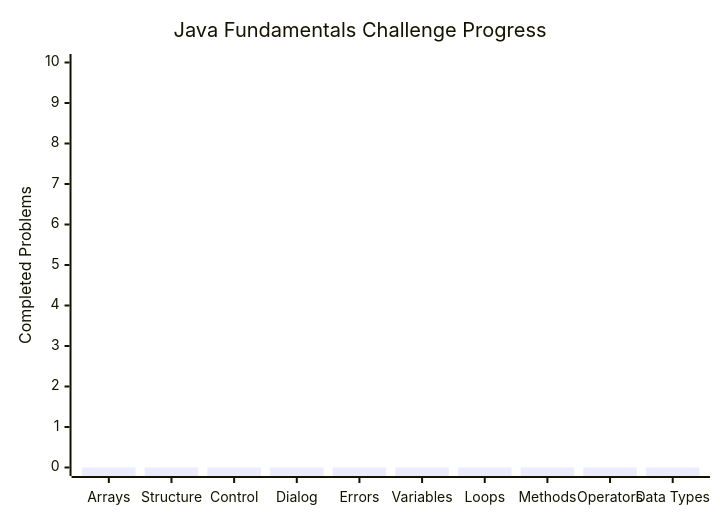
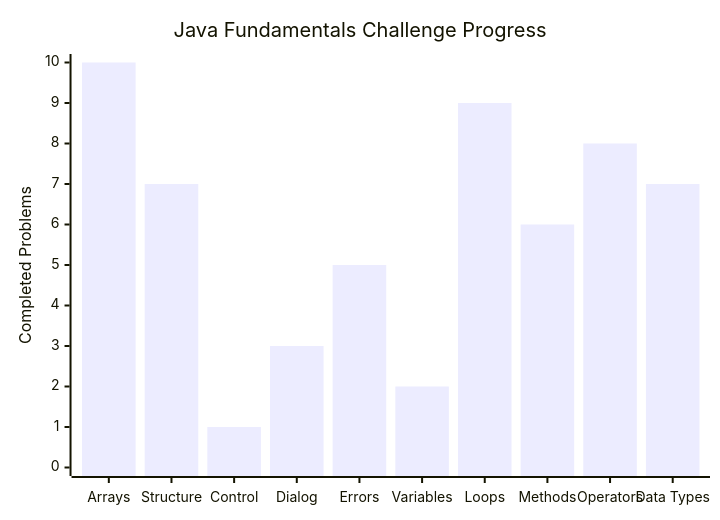
One commit to donhendrijrbue/100-Java-Fundamentals-Drills changed the diagram in README.md. Above: the diagram before and after it, drawn with Mermaid.

Commit message:
Update bar chart data in README.md

````diff
--- a/README.md
+++ b/README.md
@@ -70,7 +70,7 @@
 ```mermaid
 xychart-beta
     title "Java Fundamentals Challenge Progress"
     x-axis ["Arrays", "Structure", "Control", "Dialog", "Errors", "Variables", "Loops", "Methods", "Operators", "Data Types"]
     y-axis "Completed Problems" 0 --> 10
-    bar [0, 0, 0, 0, 0, 0, 0, 0, 0, 0]
+    bar [10, 7, 1, 3, 5, 2, 9, 6, 8, 7]
 ```
````
